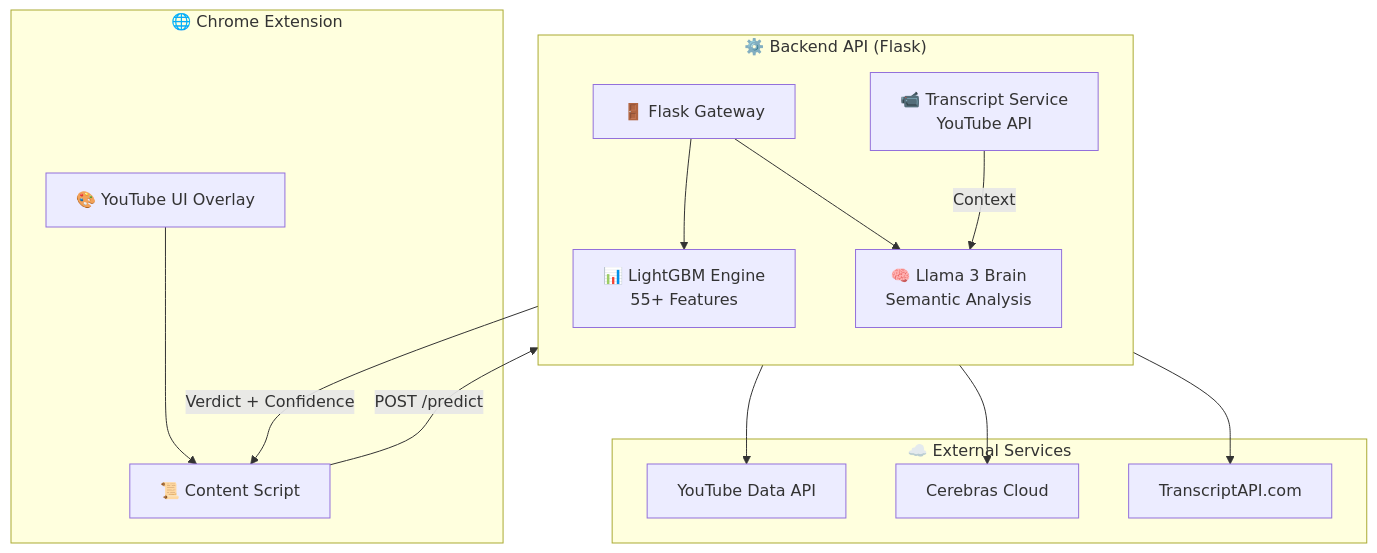
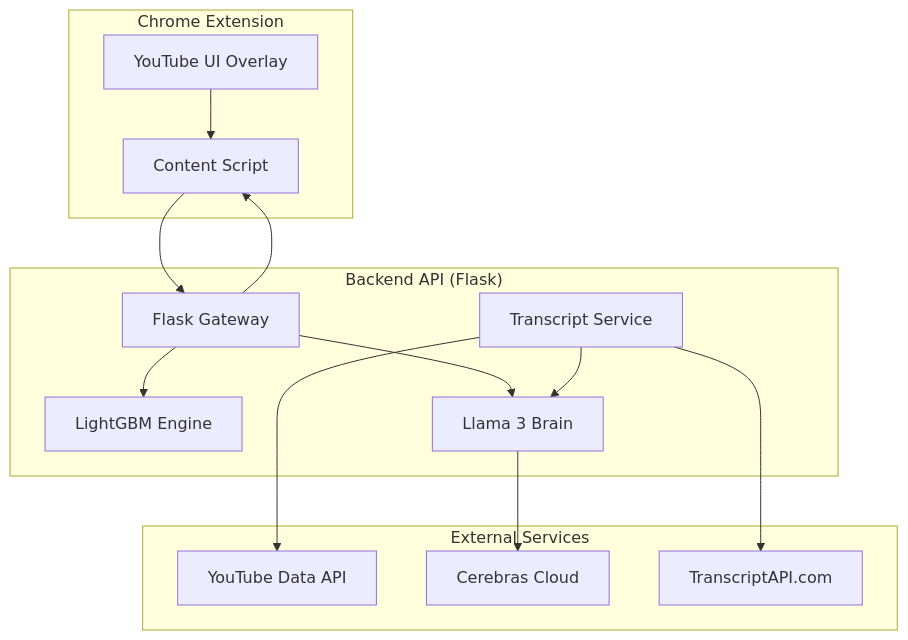
One commit to Harshal24-01/AntiClickbait changed the first of 3 diagrams in README.md. Above: the diagram before and after it, drawn with Mermaid. The commit also changed other lines of this file, not shown here.

````diff
--- a/README.md
+++ b/README.md
@@ -43,31 +46,31 @@
 ```mermaid
 graph TB
-    subgraph Client ["🌐 Chrome Extension"]
-        UI[🎨 YouTube UI Overlay]
-        CS[📜 Content Script]
+
+    subgraph Client["Chrome Extension"]
+        UI["YouTube UI Overlay"]
+        CS["Content Script"]
     end
 
-    subgraph Server ["⚙️ Backend API (Flask)"]
-        direction TB
-        API[🚪 Flask Gateway]
-        ML[📊 LightGBM Engine<br/>55+ Features]
-        LLM[🧠 Llama 3 Brain<br/>Semantic Analysis]
-        TR[📹 Transcript Service<br/>YouTube API]
+    subgraph Server["Backend API (Flask)"]
+        API["Flask Gateway"]
+        ML["LightGBM Engine"]
+        LLM["Llama 3 Brain"]
+        TR["Transcript Service"]
     end
 
-    subgraph External ["☁️ External Services"]
-        YT[YouTube Data API]
-        CB[Cerebras Cloud]
-        TA[TranscriptAPI.com]
+    subgraph External["External Services"]
+        YT["YouTube Data API"]
+        CB["Cerebras Cloud"]
+        TA["TranscriptAPI.com"]
     end
 
     UI --> CS
-    CS -->|POST /predict| API
+    CS --> API
     API --> ML
     API --> LLM
     TR --> YT
     LLM --> CB
     TR --> TA
-    TR -->|Context| LLM
-    API -->|Verdict + Confidence| CS
+    TR --> LLM
+    API --> CS
 ```
````
